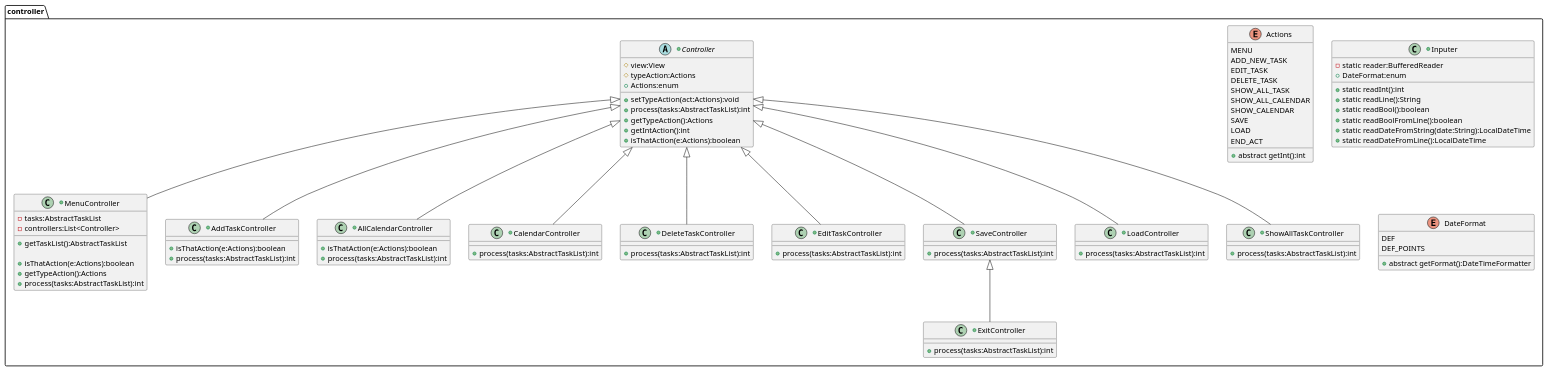
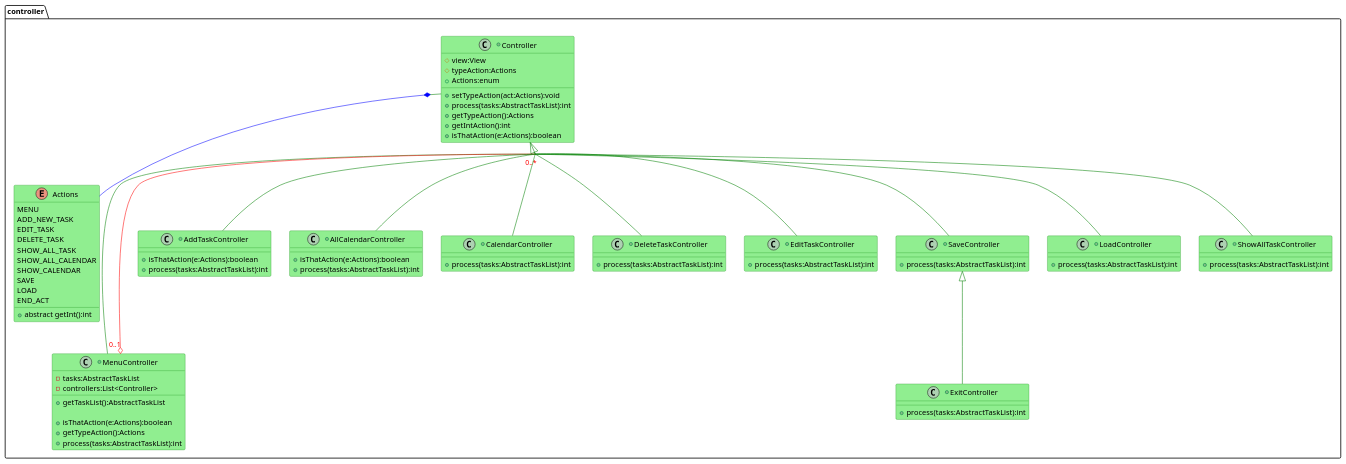
Before and after one commit to Igorstar23/TaskManager: the diagram in ClassDiagramController.puml, drawn with PlantUML. The commit also changed 17 other files, not shown here.

Commit message:
pr10: edit diagrams, add package diagram and move class Inputer to package view

```diff
--- a/ClassDiagramController.puml
+++ b/ClassDiagramController.puml
@@ -1,94 +1,96 @@
 @startuml
 'https://plantuml.com/class-diagram
+
+skinparam class {
+  ' задаем светлозеленый цвет для фона классов по умолчанию
+  BackgroundColor LightGreen
+  ' задаем синий цвет для связей классов по умолчанию
+  ArrowColor      Green
+  ' задаем красный цвет для контуров классов по умолчанию
+  BorderColor     Green
+}
 
 package "controller" {
     +abstract class Controller{
              #view:View
              #typeAction:Actions
              +Actions:enum
              +setTypeAction(act:Actions):void
              +process(tasks:AbstractTaskList):int
              +getTypeAction():Actions
              +getIntAction():int
              +isThatAction(e:Actions):boolean
     }
     enum Actions {
         MENU
         ADD_NEW_TASK
         EDIT_TASK
         DELETE_TASK
         SHOW_ALL_TASK
         SHOW_ALL_CALENDAR
         SHOW_CALENDAR
         SAVE
         LOAD
         END_ACT
         +abstract getInt():int
     }
 
-    +class Inputer {
-          -static reader:BufferedReader
-          +DateFormat:enum
-          +static readInt():int
-          +static readLine():String
-          +static readBool():boolean
-          +static readBoolFromLine():boolean
-          +static readDateFromString(date:String):LocalDateTime
-          +static readDateFromLine():LocalDateTime
-    }
-    enum DateFormat {
-         DEF
-         DEF_POINTS
-         +abstract getFormat():DateTimeFormatter
-    }
-
     +class MenuController extends Controller {
           -tasks:AbstractTaskList
           -controllers:List<Controller>
           +getTaskList():AbstractTaskList
 
           +isThatAction(e:Actions):boolean
           +getTypeAction():Actions
           +process(tasks:AbstractTaskList):int
     }
+    MenuController "0..1" o--[#red]- "0..*" Controller #text:red
+    Controller *-[#blue]- Actions
+    together {
+        class MenuController
+        class Controller
+    }
+
 
     +class AddTaskController extends Controller {
           +isThatAction(e:Actions):boolean
           +process(tasks:AbstractTaskList):int
     }
+    skinparam groupInheritance 3
+
 
     +class AllCalendarController extends Controller{
            +isThatAction(e:Actions):boolean
            +process(tasks:AbstractTaskList):int
     }
 
     +class CalendarController extends Controller {
            +process(tasks:AbstractTaskList):int
     }
 
     +class DeleteTaskController extends Controller {
           +process(tasks:AbstractTaskList):int
     }
 
     +class EditTaskController extends Controller {
           +process(tasks:AbstractTaskList):int
     }
 
     +class ExitController extends SaveController {
           +process(tasks:AbstractTaskList):int
     }
 
     +class LoadController extends Controller {
           +process(tasks:AbstractTaskList):int
     }
 
     +class SaveController extends Controller {
           +process(tasks:AbstractTaskList):int
     }
 
     +class ShowAllTaskController extends Controller {
           +process(tasks:AbstractTaskList):int
     }
 }
 
 @enduml
```
